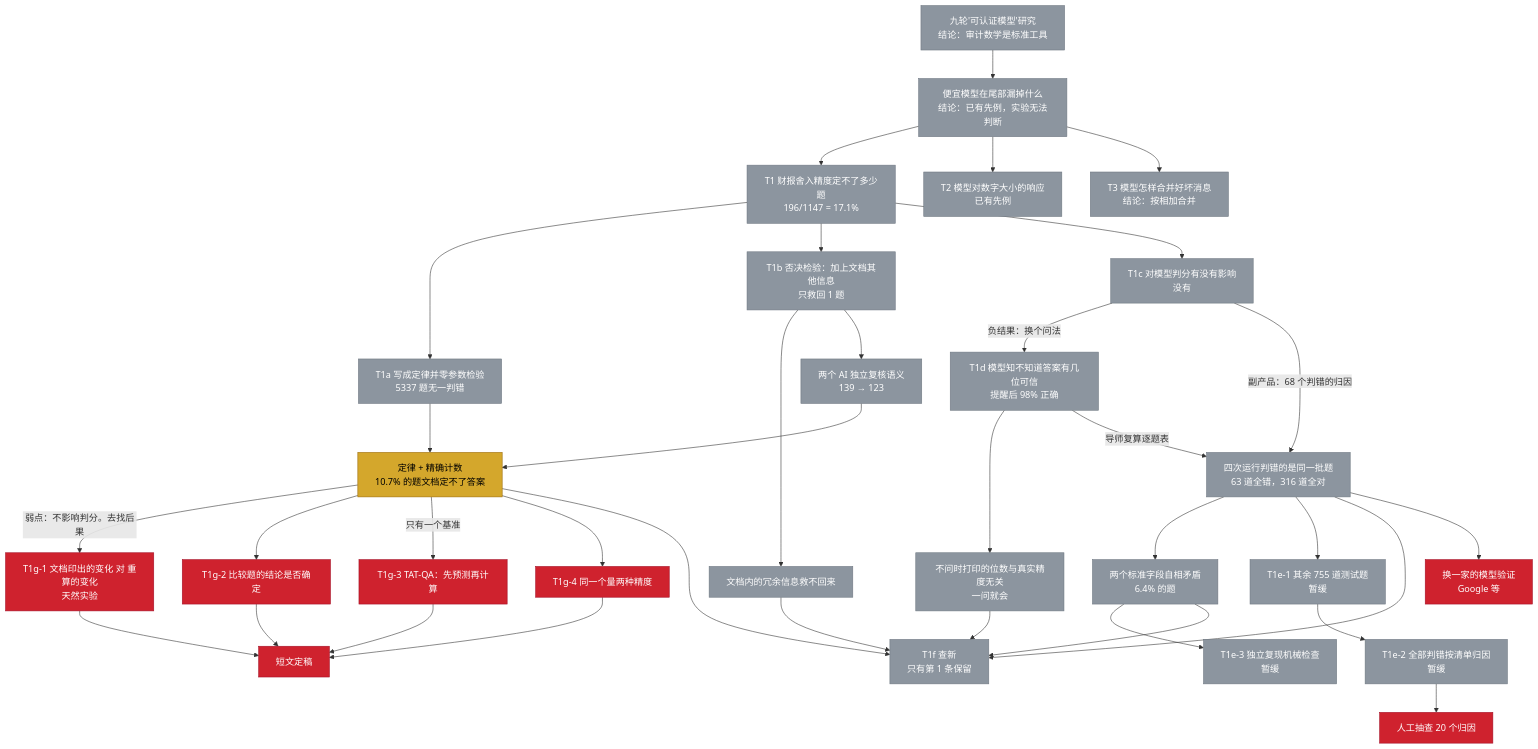
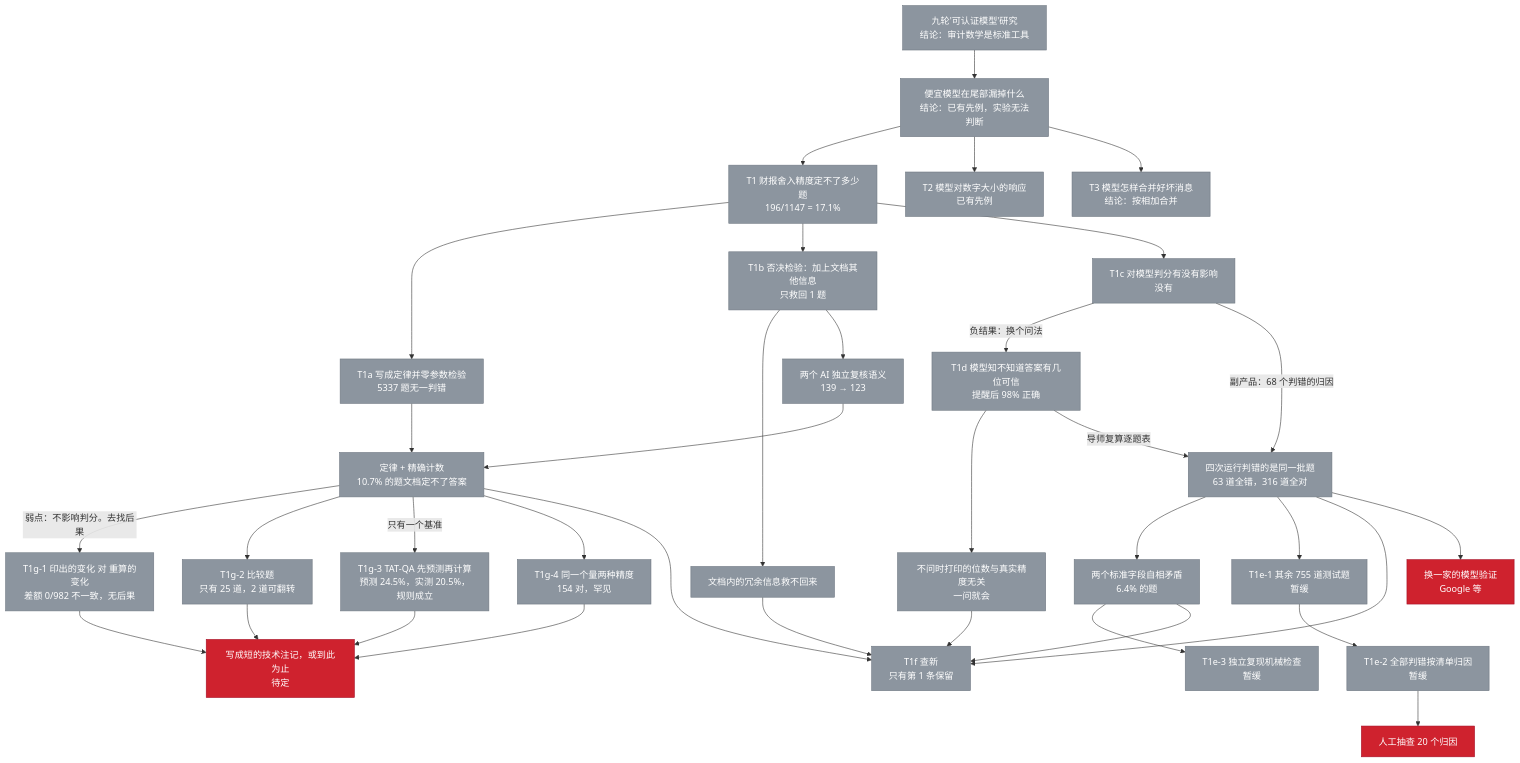
One commit to 130U/Proxy-Tail-Anatomy-of-a-Failed-Research-Line-on-LLM-Evaluation-in-Finance changed the diagram in README.md. Above: the diagram before and after it, drawn with Mermaid. The commit also changed other lines of this file, not shown here.

Commit message:
Record T1g outcome in README: rule holds on TAT-QA, no consequence found

````diff
--- a/README.md
+++ b/README.md
@@ -24,59 +24,59 @@
 ```mermaid
 flowchart TD
     classDef done fill:#2da44e,color:#fff,stroke:#1a7f37
     classDef todo fill:#cf222e,color:#fff,stroke:#a40e26
     classDef gold fill:#d4a72c,color:#000,stroke:#9a6700
     classDef closed fill:#8c959f,color:#fff,stroke:#6e7781
 
     H0["九轮'可认证模型'研究<br/>结论：审计数学是标准工具"]:::closed
     H1["便宜模型在尾部漏掉什么<br/>结论：已有先例，实验无法判断"]:::closed
     T2["T2 模型对数字大小的响应<br/>已有先例"]:::closed
     T3["T3 模型怎样合并好坏消息<br/>结论：按相加合并"]:::closed
 
     T1["T1 财报舍入精度定不了多少题<br/>196/1147 = 17.1%"]:::closed
     T1a["T1a 写成定律并零参数检验<br/>5337 题无一判错"]:::closed
     T1b["T1b 否决检验：加上文档其他信息<br/>只救回 1 题"]:::closed
     T1c["T1c 对模型判分有没有影响<br/>没有"]:::closed
     T1d["T1d 模型知不知道答案有几位可信<br/>提醒后 98% 正确"]:::closed
     REV["两个 AI 独立复核语义<br/>139 → 123"]:::closed
 
-    G1["定律 + 精确计数<br/>10.7% 的题文档定不了答案"]:::gold
+    G1["定律 + 精确计数<br/>10.7% 的题文档定不了答案"]:::closed
     G2["文档内的冗余信息救不回来"]:::closed
     G3["不问时打印的位数与真实精度无关<br/>一问就会"]:::closed
     G4["四次运行判错的是同一批题<br/>63 道全错，316 道全对"]:::closed
     G5["两个标准字段自相矛盾<br/>6.4% 的题"]:::closed
 
     T1e1["T1e-1 其余 755 道测试题<br/>暂缓"]:::closed
     T1e2["T1e-2 全部判错按清单归因<br/>暂缓"]:::closed
     T1e3["T1e-3 独立复现机械检查<br/>暂缓"]:::closed
-    Ga["T1g-1 文档印出的变化 对 重算的变化<br/>天然实验"]:::todo
-    Gb["T1g-2 比较题的结论是否确定"]:::todo
-    Gc["T1g-3 TAT-QA：先预测再计算"]:::todo
-    Gd["T1g-4 同一个量两种精度"]:::todo
+    Ga["T1g-1 印出的变化 对 重算的变化<br/>差额 0/982 不一致，无后果"]:::closed
+    Gb["T1g-2 比较题<br/>只有 25 道，2 道可翻转"]:::closed
+    Gc["T1g-3 TAT-QA 先预测再计算<br/>预测 24.5%，实测 20.5%，规则成立"]:::closed
+    Gd["T1g-4 同一个量两种精度<br/>154 对，罕见"]:::closed
     T1f["T1f 查新<br/>只有第 1 条保留"]:::closed
     X1["换一家的模型验证<br/>Google 等"]:::todo
     X2["人工抽查 20 个归因"]:::todo
-    P["短文定稿"]:::todo
+    P["写成短的技术注记，或到此为止<br/>待定"]:::todo
 
     H0 --> H1 --> T1
     H1 --> T2
     H1 --> T3
     T1 --> T1a --> G1
     T1 --> T1b --> G2
     T1 --> T1c
     T1b --> REV --> G1
     T1c -->|"负结果：换个问法"| T1d --> G3
     T1c -->|"副产品：68 个判错的归因"| G4
     T1d -->|"导师复算逐题表"| G4
     G4 --> G5
     G4 --> T1e1 --> T1e2
     G5 --> T1e3
     G1 -->|"弱点：不影响判分。去找后果"| Ga
     G1 --> Gb
     G1 -->|"只有一个基准"| Gc
     G1 --> Gd
     G1 & G2 & G3 & G4 & G5 --> T1f
     G4 --> X1
     T1e2 --> X2
     Ga & Gb & Gc & Gd --> P
 ```
````
